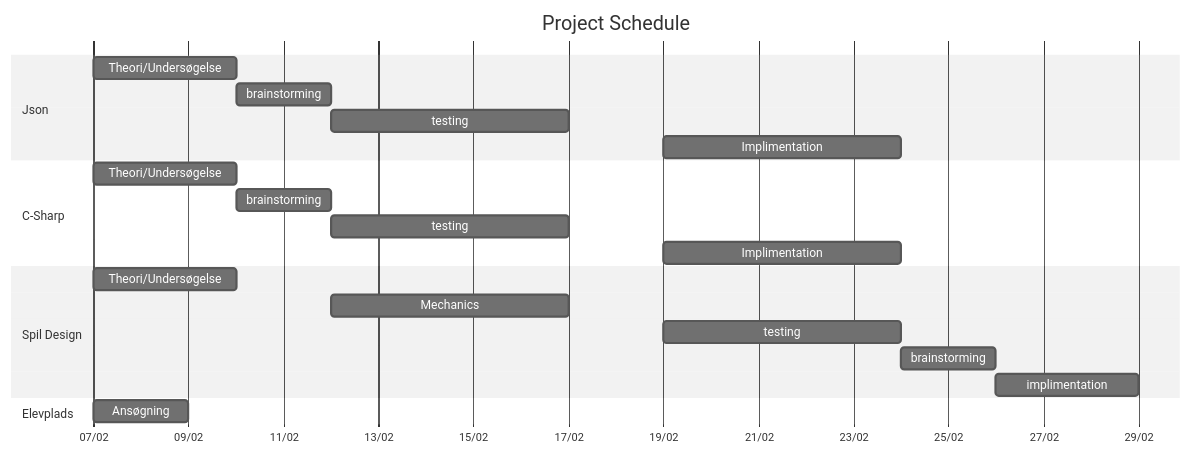
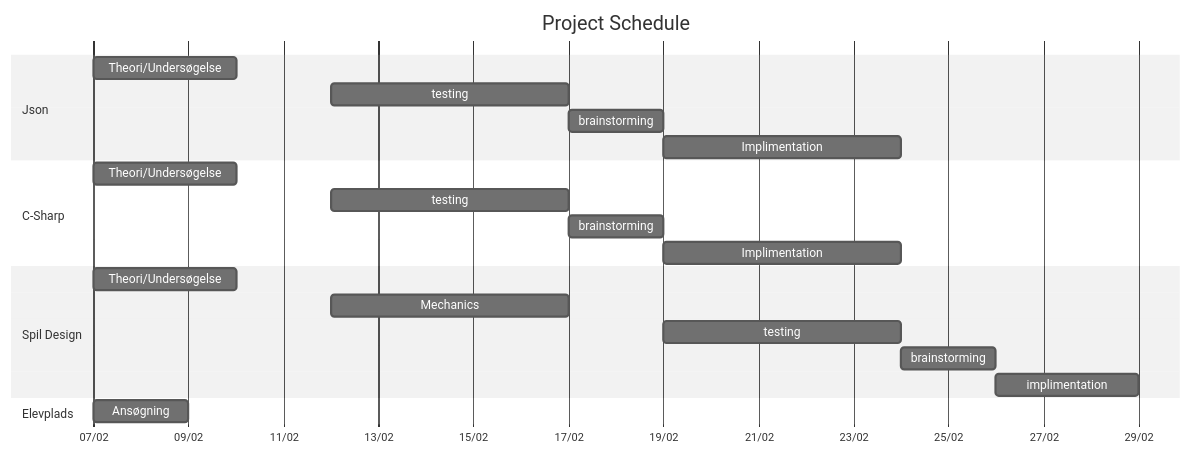
One commit to Napow-git/TEC-P1 changed the diagram in README.md. Above: the diagram before and after it, drawn with Mermaid (neutral theme).

````diff
--- a/README.md
+++ b/README.md
@@ -3,52 +3,52 @@
 ```mermaid
 
 gantt
 
     title Project Schedule
 
     dateFormat DD-MM-YYYY
 
     axisFormat %d/%m
 
 
 
     section Json
 
     Theori/Undersøgelse: 07-02-2024, 3d
 
-    brainstorming: 10-02-2024, 2d
+    testing: 12-02-2024, 5d
 
-    testing: 12-02-2024, 5d
+    brainstorming: 17-02-2024, 2d
 
     Implimentation: 19-02-2024, 5d
 
     
 
     section C-Sharp
 
     Theori/Undersøgelse: 07-02-2024, 3d
 
-    brainstorming: 10-02-2024, 2d
+    testing: 12-02-2024, 5d
 
-    testing: 12-02-2024, 5d
+    brainstorming: 17-02-2024, 2d
 
     Implimentation: 19-02-2024, 5d
 
 
     section Spil Design
 
     Theori/Undersøgelse: 07-02-2024, 3d
 
     Mechanics: 12-02-2024, 5d
 
     testing: 19-02-2024, 5d
 
     brainstorming: 24-02-2024, 2d
 
     implimentation: 26-02-2024, 3d
 
     section Elevplads
 
     Ansøgning : 07-02-2024, 2d
 
 ```
````
